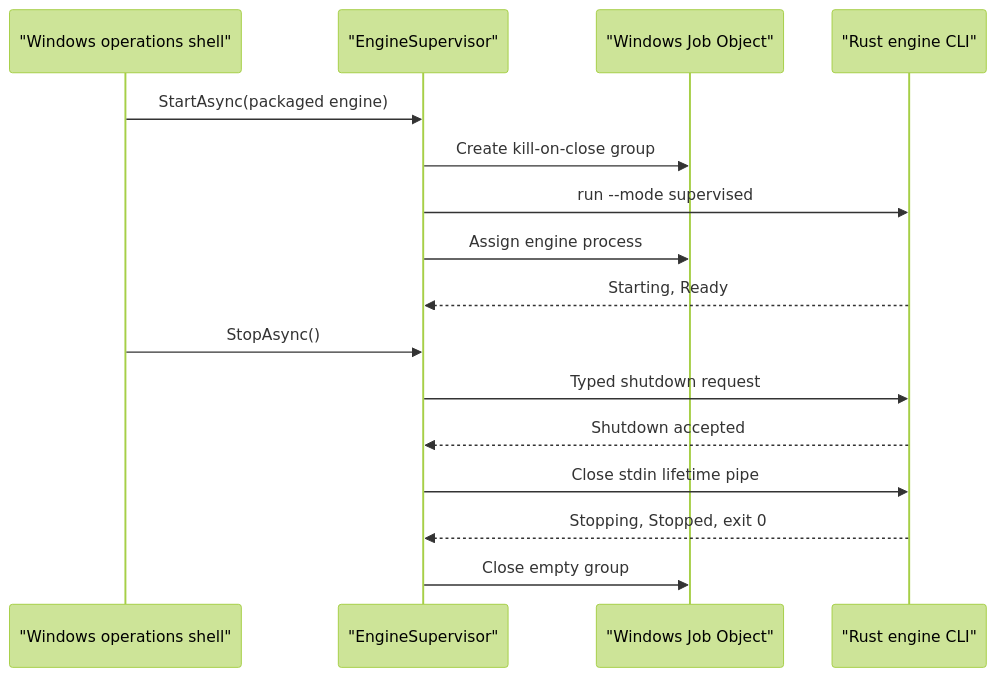
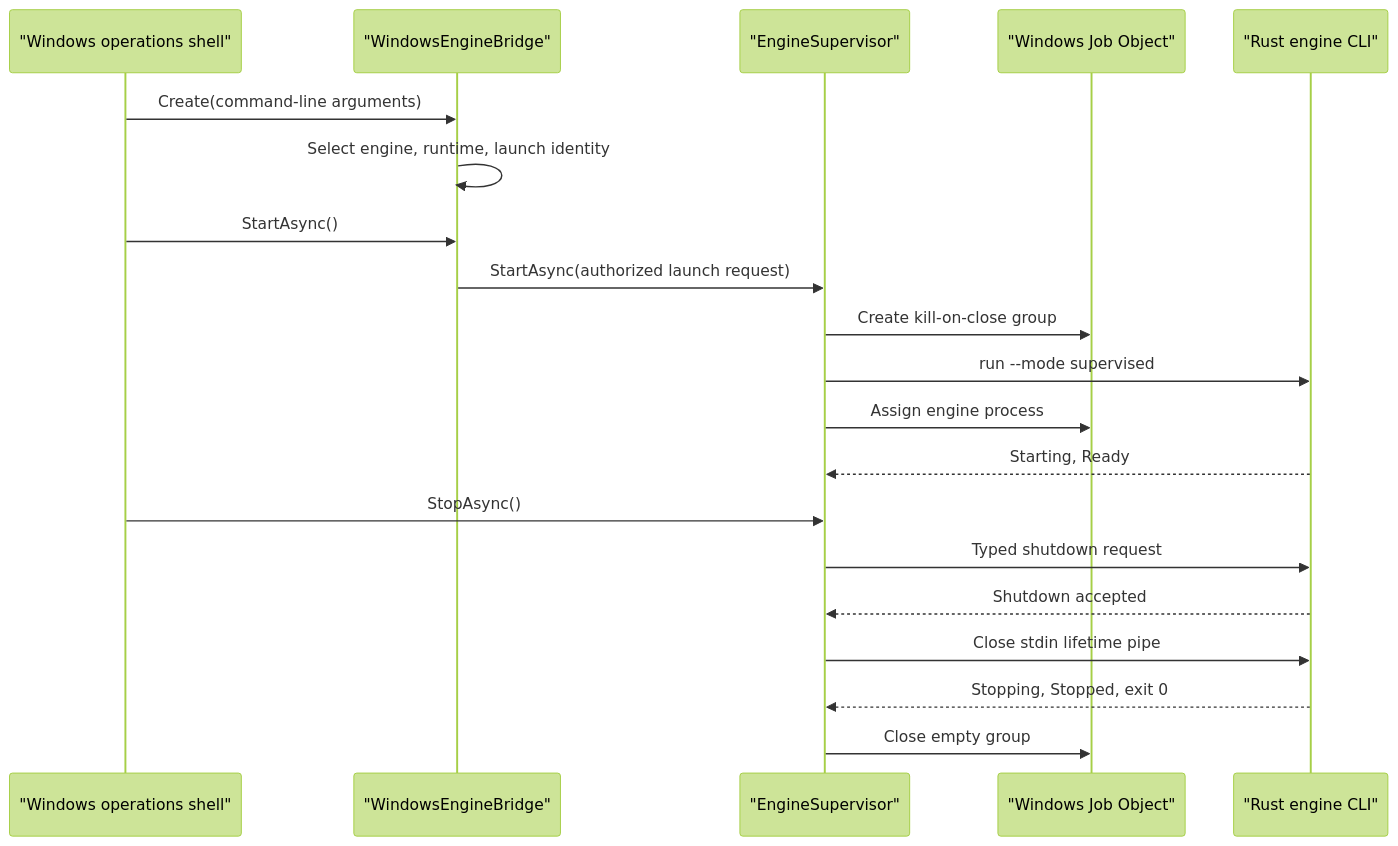
One commit to HusseinBaraja/Eitmad changed the diagram in docs/developer/subsystems/windows-process-supervision.md. Above: the diagram before and after it, drawn with Mermaid (forest theme). The commit also changed other lines of this file and 6 other files, not shown here.

Commit message:
refactor(windows): own engine bootstrap

````diff
--- a/docs/developer/subsystems/windows-process-supervision.md
+++ b/docs/developer/subsystems/windows-process-supervision.md
@@ -37,18 +37,22 @@
 ```mermaid
 sequenceDiagram
     participant Shell as "Windows operations shell"
+    participant Bridge as "WindowsEngineBridge"
     participant Supervisor as "EngineSupervisor"
     participant Job as "Windows Job Object"
     participant Engine as "Rust engine CLI"
-    Shell->>Supervisor: StartAsync(packaged engine)
+    Shell->>Bridge: Create(command-line arguments)
+    Bridge->>Bridge: Select engine, runtime, launch identity
+    Shell->>Bridge: StartAsync()
+    Bridge->>Supervisor: StartAsync(authorized launch request)
     Supervisor->>Job: Create kill-on-close group
     Supervisor->>Engine: run --mode supervised
     Supervisor->>Job: Assign engine process
     Engine-->>Supervisor: Starting, Ready
     Shell->>Supervisor: StopAsync()
     Supervisor->>Engine: Typed shutdown request
     Engine-->>Supervisor: Shutdown accepted
     Supervisor->>Engine: Close stdin lifetime pipe
     Engine-->>Supervisor: Stopping, Stopped, exit 0
     Supervisor->>Job: Close empty group
 ```
````
